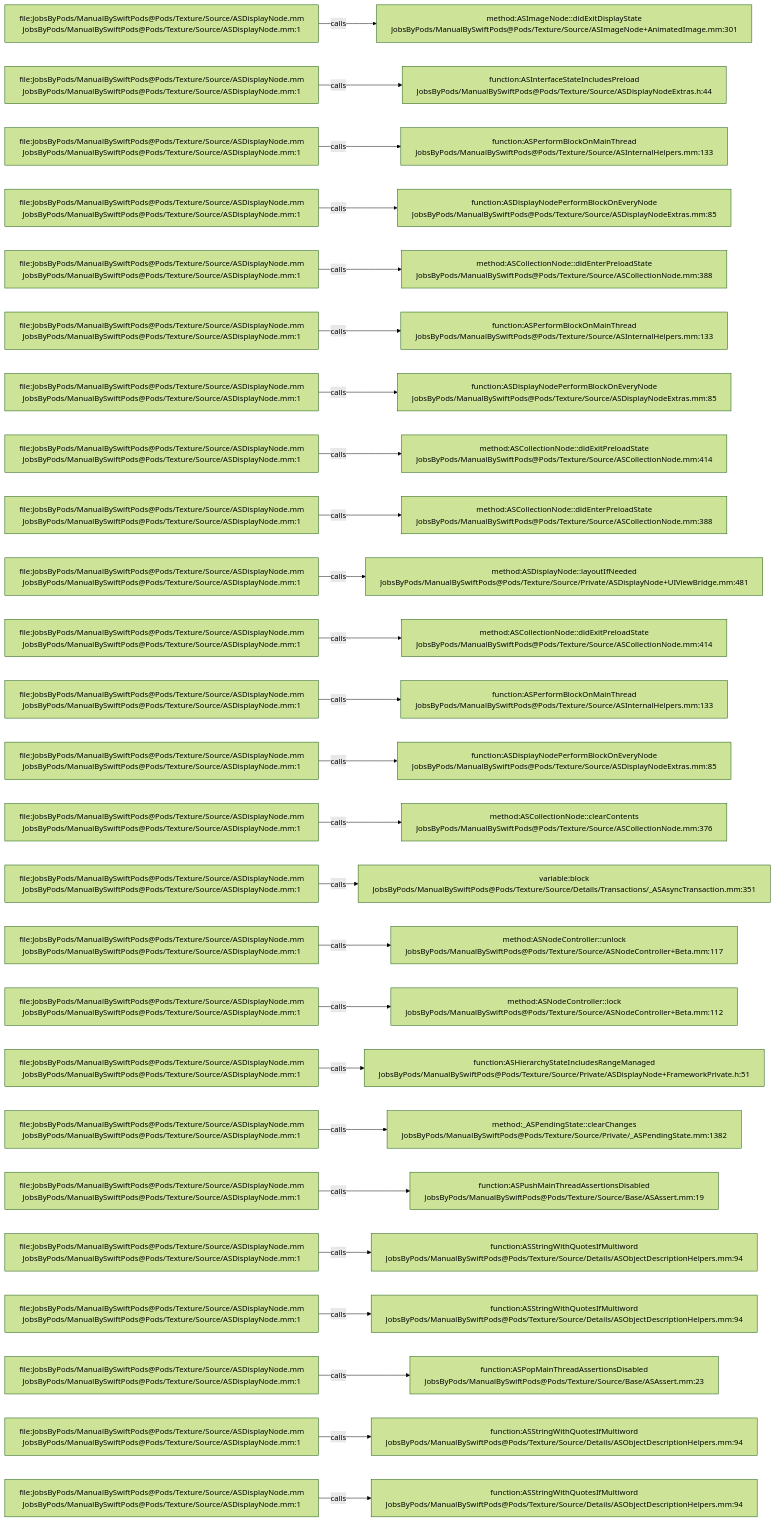
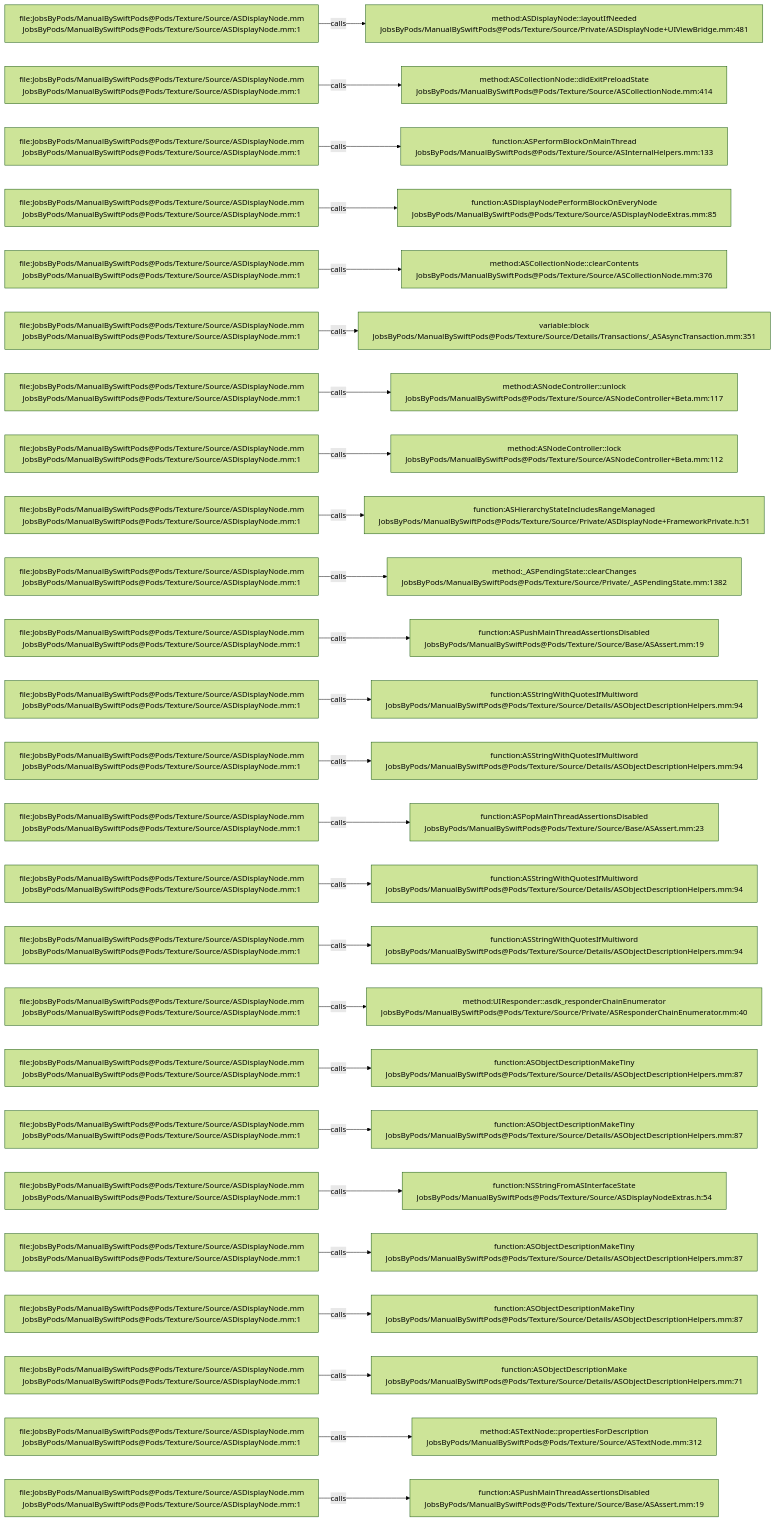
Before and after one commit to JobsKits/JobsSwiftBaseConfigDemo: the diagram in .codegraph/codegraph.md/graphs/calls-036.md, drawn with Mermaid (forest theme). The commit also changed 707 other files, not shown here.

````diff
--- a/.codegraph/codegraph.md/graphs/calls-036.md
+++ b/.codegraph/codegraph.md/graphs/calls-036.md
@@ -13,78 +13,78 @@
 ```mermaid
 flowchart LR
   S1["file:JobsByPods/ManualBySwiftPods@Pods/Texture/Source/ASDisplayNode.mm<br/>JobsByPods/ManualBySwiftPods@Pods/Texture/Source/ASDisplayNode.mm:1"]
-  T1["method:ASImageNode::didExitDisplayState<br/>JobsByPods/ManualBySwiftPods@Pods/Texture/Source/ASImageNode+AnimatedImage.mm:301"]
+  T1["method:ASDisplayNode::layoutIfNeeded<br/>JobsByPods/ManualBySwiftPods@Pods/Texture/Source/Private/ASDisplayNode+UIViewBridge.mm:481"]
   S1 -->|calls| T1
   S2["file:JobsByPods/ManualBySwiftPods@Pods/Texture/Source/ASDisplayNode.mm<br/>JobsByPods/ManualBySwiftPods@Pods/Texture/Source/ASDisplayNode.mm:1"]
-  T2["function:ASInterfaceStateIncludesPreload<br/>JobsByPods/ManualBySwiftPods@Pods/Texture/Source/ASDisplayNodeExtras.h:44"]
+  T2["method:ASCollectionNode::didExitPreloadState<br/>JobsByPods/ManualBySwiftPods@Pods/Texture/Source/ASCollectionNode.mm:414"]
   S2 -->|calls| T2
   S3["file:JobsByPods/ManualBySwiftPods@Pods/Texture/Source/ASDisplayNode.mm<br/>JobsByPods/ManualBySwiftPods@Pods/Texture/Source/ASDisplayNode.mm:1"]
   T3["function:ASPerformBlockOnMainThread<br/>JobsByPods/ManualBySwiftPods@Pods/Texture/Source/ASInternalHelpers.mm:133"]
   S3 -->|calls| T3
   S4["file:JobsByPods/ManualBySwiftPods@Pods/Texture/Source/ASDisplayNode.mm<br/>JobsByPods/ManualBySwiftPods@Pods/Texture/Source/ASDisplayNode.mm:1"]
   T4["function:ASDisplayNodePerformBlockOnEveryNode<br/>JobsByPods/ManualBySwiftPods@Pods/Texture/Source/ASDisplayNodeExtras.mm:85"]
   S4 -->|calls| T4
   S5["file:JobsByPods/ManualBySwiftPods@Pods/Texture/Source/ASDisplayNode.mm<br/>JobsByPods/ManualBySwiftPods@Pods/Texture/Source/ASDisplayNode.mm:1"]
-  T5["method:ASCollectionNode::didEnterPreloadState<br/>JobsByPods/ManualBySwiftPods@Pods/Texture/Source/ASCollectionNode.mm:388"]
+  T5["method:ASCollectionNode::clearContents<br/>JobsByPods/ManualBySwiftPods@Pods/Texture/Source/ASCollectionNode.mm:376"]
   S5 -->|calls| T5
   S6["file:JobsByPods/ManualBySwiftPods@Pods/Texture/Source/ASDisplayNode.mm<br/>JobsByPods/ManualBySwiftPods@Pods/Texture/Source/ASDisplayNode.mm:1"]
-  T6["function:ASPerformBlockOnMainThread<br/>JobsByPods/ManualBySwiftPods@Pods/Texture/Source/ASInternalHelpers.mm:133"]
+  T6["variable:block<br/>JobsByPods/ManualBySwiftPods@Pods/Texture/Source/Details/Transactions/_ASAsyncTransaction.mm:351"]
   S6 -->|calls| T6
   S7["file:JobsByPods/ManualBySwiftPods@Pods/Texture/Source/ASDisplayNode.mm<br/>JobsByPods/ManualBySwiftPods@Pods/Texture/Source/ASDisplayNode.mm:1"]
-  T7["function:ASDisplayNodePerformBlockOnEveryNode<br/>JobsByPods/ManualBySwiftPods@Pods/Texture/Source/ASDisplayNodeExtras.mm:85"]
+  T7["method:ASNodeController::unlock<br/>JobsByPods/ManualBySwiftPods@Pods/Texture/Source/ASNodeController+Beta.mm:117"]
   S7 -->|calls| T7
   S8["file:JobsByPods/ManualBySwiftPods@Pods/Texture/Source/ASDisplayNode.mm<br/>JobsByPods/ManualBySwiftPods@Pods/Texture/Source/ASDisplayNode.mm:1"]
-  T8["method:ASCollectionNode::didExitPreloadState<br/>JobsByPods/ManualBySwiftPods@Pods/Texture/Source/ASCollectionNode.mm:414"]
+  T8["method:ASNodeController::lock<br/>JobsByPods/ManualBySwiftPods@Pods/Texture/Source/ASNodeController+Beta.mm:112"]
   S8 -->|calls| T8
   S9["file:JobsByPods/ManualBySwiftPods@Pods/Texture/Source/ASDisplayNode.mm<br/>JobsByPods/ManualBySwiftPods@Pods/Texture/Source/ASDisplayNode.mm:1"]
-  T9["method:ASCollectionNode::didEnterPreloadState<br/>JobsByPods/ManualBySwiftPods@Pods/Texture/Source/ASCollectionNode.mm:388"]
+  T9["function:ASHierarchyStateIncludesRangeManaged<br/>JobsByPods/ManualBySwiftPods@Pods/Texture/Source/Private/ASDisplayNode+FrameworkPrivate.h:51"]
   S9 -->|calls| T9
   S10["file:JobsByPods/ManualBySwiftPods@Pods/Texture/Source/ASDisplayNode.mm<br/>JobsByPods/ManualBySwiftPods@Pods/Texture/Source/ASDisplayNode.mm:1"]
-  T10["method:ASDisplayNode::layoutIfNeeded<br/>JobsByPods/ManualBySwiftPods@Pods/Texture/Source/Private/ASDisplayNode+UIViewBridge.mm:481"]
+  T10["method:_ASPendingState::clearChanges<br/>JobsByPods/ManualBySwiftPods@Pods/Texture/Source/Private/_ASPendingState.mm:1382"]
   S10 -->|calls| T10
   S11["file:JobsByPods/ManualBySwiftPods@Pods/Texture/Source/ASDisplayNode.mm<br/>JobsByPods/ManualBySwiftPods@Pods/Texture/Source/ASDisplayNode.mm:1"]
-  T11["method:ASCollectionNode::didExitPreloadState<br/>JobsByPods/ManualBySwiftPods@Pods/Texture/Source/ASCollectionNode.mm:414"]
+  T11["function:ASPushMainThreadAssertionsDisabled<br/>JobsByPods/ManualBySwiftPods@Pods/Texture/Source/Base/ASAssert.mm:19"]
   S11 -->|calls| T11
   S12["file:JobsByPods/ManualBySwiftPods@Pods/Texture/Source/ASDisplayNode.mm<br/>JobsByPods/ManualBySwiftPods@Pods/Texture/Source/ASDisplayNode.mm:1"]
-  T12["function:ASPerformBlockOnMainThread<br/>JobsByPods/ManualBySwiftPods@Pods/Texture/Source/ASInternalHelpers.mm:133"]
+  T12["function:ASStringWithQuotesIfMultiword<br/>JobsByPods/ManualBySwiftPods@Pods/Texture/Source/Details/ASObjectDescriptionHelpers.mm:94"]
   S12 -->|calls| T12
   S13["file:JobsByPods/ManualBySwiftPods@Pods/Texture/Source/ASDisplayNode.mm<br/>JobsByPods/ManualBySwiftPods@Pods/Texture/Source/ASDisplayNode.mm:1"]
-  T13["function:ASDisplayNodePerformBlockOnEveryNode<br/>JobsByPods/ManualBySwiftPods@Pods/Texture/Source/ASDisplayNodeExtras.mm:85"]
+  T13["function:ASStringWithQuotesIfMultiword<br/>JobsByPods/ManualBySwiftPods@Pods/Texture/Source/Details/ASObjectDescriptionHelpers.mm:94"]
   S13 -->|calls| T13
   S14["file:JobsByPods/ManualBySwiftPods@Pods/Texture/Source/ASDisplayNode.mm<br/>JobsByPods/ManualBySwiftPods@Pods/Texture/Source/ASDisplayNode.mm:1"]
-  T14["method:ASCollectionNode::clearContents<br/>JobsByPods/ManualBySwiftPods@Pods/Texture/Source/ASCollectionNode.mm:376"]
+  T14["function:ASPopMainThreadAssertionsDisabled<br/>JobsByPods/ManualBySwiftPods@Pods/Texture/Source/Base/ASAssert.mm:23"]
   S14 -->|calls| T14
   S15["file:JobsByPods/ManualBySwiftPods@Pods/Texture/Source/ASDisplayNode.mm<br/>JobsByPods/ManualBySwiftPods@Pods/Texture/Source/ASDisplayNode.mm:1"]
-  T15["variable:block<br/>JobsByPods/ManualBySwiftPods@Pods/Texture/Source/Details/Transactions/_ASAsyncTransaction.mm:351"]
+  T15["function:ASStringWithQuotesIfMultiword<br/>JobsByPods/ManualBySwiftPods@Pods/Texture/Source/Details/ASObjectDescriptionHelpers.mm:94"]
   S15 -->|calls| T15
   S16["file:JobsByPods/ManualBySwiftPods@Pods/Texture/Source/ASDisplayNode.mm<br/>JobsByPods/ManualBySwiftPods@Pods/Texture/Source/ASDisplayNode.mm:1"]
-  T16["method:ASNodeController::unlock<br/>JobsByPods/ManualBySwiftPods@Pods/Texture/Source/ASNodeController+Beta.mm:117"]
+  T16["function:ASStringWithQuotesIfMultiword<br/>JobsByPods/ManualBySwiftPods@Pods/Texture/Source/Details/ASObjectDescriptionHelpers.mm:94"]
   S16 -->|calls| T16
   S17["file:JobsByPods/ManualBySwiftPods@Pods/Texture/Source/ASDisplayNode.mm<br/>JobsByPods/ManualBySwiftPods@Pods/Texture/Source/ASDisplayNode.mm:1"]
-  T17["method:ASNodeController::lock<br/>JobsByPods/ManualBySwiftPods@Pods/Texture/Source/ASNodeController+Beta.mm:112"]
+  T17["method:UIResponder::asdk_responderChainEnumerator<br/>JobsByPods/ManualBySwiftPods@Pods/Texture/Source/Private/ASResponderChainEnumerator.mm:40"]
   S17 -->|calls| T17
   S18["file:JobsByPods/ManualBySwiftPods@Pods/Texture/Source/ASDisplayNode.mm<br/>JobsByPods/ManualBySwiftPods@Pods/Texture/Source/ASDisplayNode.mm:1"]
-  T18["function:ASHierarchyStateIncludesRangeManaged<br/>JobsByPods/ManualBySwiftPods@Pods/Texture/Source/Private/ASDisplayNode+FrameworkPrivate.h:51"]
+  T18["function:ASObjectDescriptionMakeTiny<br/>JobsByPods/ManualBySwiftPods@Pods/Texture/Source/Details/ASObjectDescriptionHelpers.mm:87"]
   S18 -->|calls| T18
   S19["file:JobsByPods/ManualBySwiftPods@Pods/Texture/Source/ASDisplayNode.mm<br/>JobsByPods/ManualBySwiftPods@Pods/Texture/Source/ASDisplayNode.mm:1"]
-  T19["method:_ASPendingState::clearChanges<br/>JobsByPods/ManualBySwiftPods@Pods/Texture/Source/Private/_ASPendingState.mm:1382"]
+  T19["function:ASObjectDescriptionMakeTiny<br/>JobsByPods/ManualBySwiftPods@Pods/Texture/Source/Details/ASObjectDescriptionHelpers.mm:87"]
   S19 -->|calls| T19
   S20["file:JobsByPods/ManualBySwiftPods@Pods/Texture/Source/ASDisplayNode.mm<br/>JobsByPods/ManualBySwiftPods@Pods/Texture/Source/ASDisplayNode.mm:1"]
-  T20["function:ASPushMainThreadAssertionsDisabled<br/>JobsByPods/ManualBySwiftPods@Pods/Texture/Source/Base/ASAssert.mm:19"]
+  T20["function:NSStringFromASInterfaceState<br/>JobsByPods/ManualBySwiftPods@Pods/Texture/Source/ASDisplayNodeExtras.h:54"]
   S20 -->|calls| T20
   S21["file:JobsByPods/ManualBySwiftPods@Pods/Texture/Source/ASDisplayNode.mm<br/>JobsByPods/ManualBySwiftPods@Pods/Texture/Source/ASDisplayNode.mm:1"]
-  T21["function:ASStringWithQuotesIfMultiword<br/>JobsByPods/ManualBySwiftPods@Pods/Texture/Source/Details/ASObjectDescriptionHelpers.mm:94"]
+  T21["function:ASObjectDescriptionMakeTiny<br/>JobsByPods/ManualBySwiftPods@Pods/Texture/Source/Details/ASObjectDescriptionHelpers.mm:87"]
   S21 -->|calls| T21
   S22["file:JobsByPods/ManualBySwiftPods@Pods/Texture/Source/ASDisplayNode.mm<br/>JobsByPods/ManualBySwiftPods@Pods/Texture/Source/ASDisplayNode.mm:1"]
-  T22["function:ASStringWithQuotesIfMultiword<br/>JobsByPods/ManualBySwiftPods@Pods/Texture/Source/Details/ASObjectDescriptionHelpers.mm:94"]
+  T22["function:ASObjectDescriptionMakeTiny<br/>JobsByPods/ManualBySwiftPods@Pods/Texture/Source/Details/ASObjectDescriptionHelpers.mm:87"]
   S22 -->|calls| T22
   S23["file:JobsByPods/ManualBySwiftPods@Pods/Texture/Source/ASDisplayNode.mm<br/>JobsByPods/ManualBySwiftPods@Pods/Texture/Source/ASDisplayNode.mm:1"]
-  T23["function:ASPopMainThreadAssertionsDisabled<br/>JobsByPods/ManualBySwiftPods@Pods/Texture/Source/Base/ASAssert.mm:23"]
+  T23["function:ASObjectDescriptionMake<br/>JobsByPods/ManualBySwiftPods@Pods/Texture/Source/Details/ASObjectDescriptionHelpers.mm:71"]
   S23 -->|calls| T23
   S24["file:JobsByPods/ManualBySwiftPods@Pods/Texture/Source/ASDisplayNode.mm<br/>JobsByPods/ManualBySwiftPods@Pods/Texture/Source/ASDisplayNode.mm:1"]
-  T24["function:ASStringWithQuotesIfMultiword<br/>JobsByPods/ManualBySwiftPods@Pods/Texture/Source/Details/ASObjectDescriptionHelpers.mm:94"]
+  T24["method:ASTextNode::propertiesForDescription<br/>JobsByPods/ManualBySwiftPods@Pods/Texture/Source/ASTextNode.mm:312"]
   S24 -->|calls| T24
   S25["file:JobsByPods/ManualBySwiftPods@Pods/Texture/Source/ASDisplayNode.mm<br/>JobsByPods/ManualBySwiftPods@Pods/Texture/Source/ASDisplayNode.mm:1"]
-  T25["function:ASStringWithQuotesIfMultiword<br/>JobsByPods/ManualBySwiftPods@Pods/Texture/Source/Details/ASObjectDescriptionHelpers.mm:94"]
+  T25["function:ASPushMainThreadAssertionsDisabled<br/>JobsByPods/ManualBySwiftPods@Pods/Texture/Source/Base/ASAssert.mm:19"]
   S25 -->|calls| T25
 ```
````
